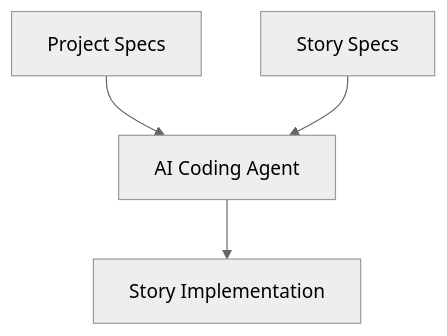
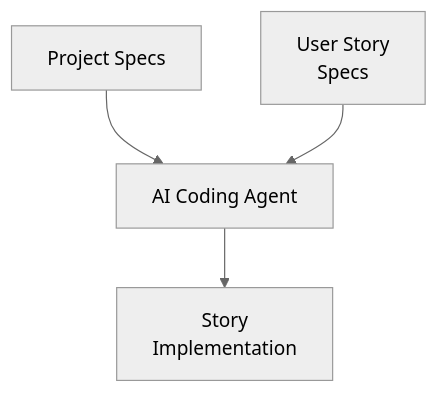
The seventh of 10 diagrams in README.md (mtov/AgileSpec), drawn with Mermaid (neutral theme) before and after one commit. The commit also changed other lines of this file and 1 other file, not shown here.

````diff
--- a/README.md
+++ b/README.md
@@ -334,6 +336,6 @@
 ```mermaid
 flowchart TB
     P["Project Specs"] --> A["AI Coding Agent"]
-    S["Story Specs"] --> A
-    A --> I["Story Implementation"]
+    S["User Story<br/>Specs"] --> A
+    A --> I["Story<br/>Implementation"]
 ```
````
